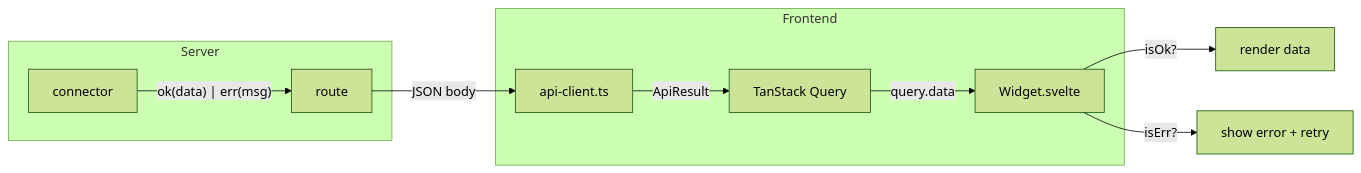
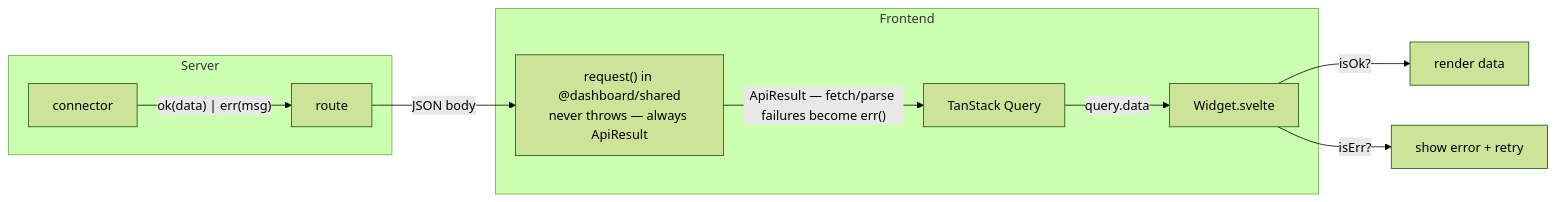
The fourth of 5 diagrams in docs/architecture/data-flow.md (gabrielLoff/dashboard), drawn with Mermaid (forest theme) before and after one commit. The commit also changed other lines of this file and 58 other files, not shown here.

First line of the commit message:
feat(#125): deepen the client-server request seam

````diff
--- a/docs/architecture/data-flow.md
+++ b/docs/architecture/data-flow.md
@@ -96,21 +96,21 @@
 ```mermaid
 flowchart LR
     subgraph Server["Server"]
         Connector["connector"]
         Route2["route"]
     end
 
     subgraph Client["Frontend"]
-        ApiClient["api-client.ts"]
+        Request["request() in @dashboard/shared<br/>never throws — always ApiResult<T>"]
         Query["TanStack Query"]
         Widget2["Widget.svelte"]
     end
 
     Connector -->|"ok(data) | err(msg)"| Route2
-    Route2 -->|JSON body| ApiClient
-    ApiClient -->|"ApiResult<T>"| Query
+    Route2 -->|JSON body| Request
+    Request -->|"ApiResult<T> — fetch/parse failures become err()"| Query
     Query -->|"query.data"| Widget2
 
     Widget2 -->|isOk?| Render["render data"]
     Widget2 -->|isErr?| ErrorState["show error + retry"]
 ```
````
